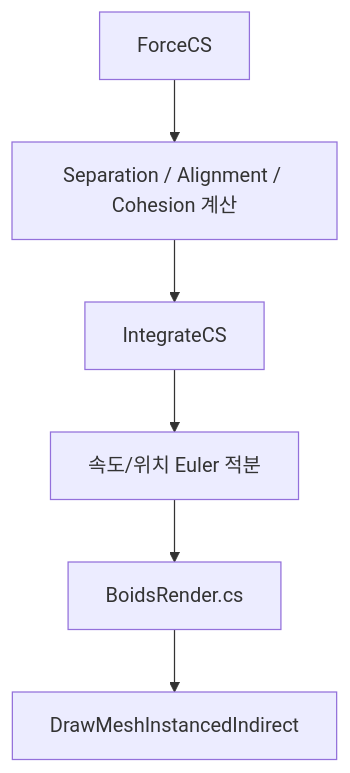
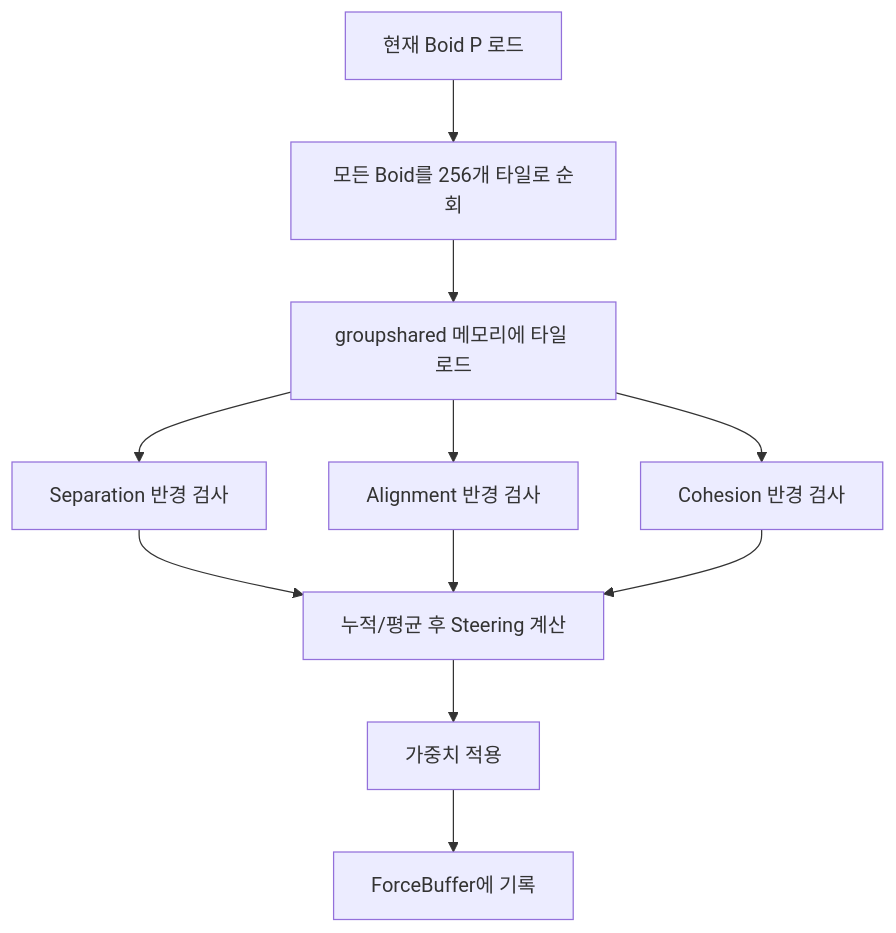
Before and after one commit to haelime/GPUBoidsSimulation: the third of 3 diagrams in README.md, drawn with Mermaid. The commit also changed other lines of this file, not shown here.

````diff
--- a/README.md
+++ b/README.md
@@ -38,8 +70,13 @@
 ```mermaid
-graph TD
-    A[ForceCS] --> B[Separation / Alignment / Cohesion 계산]
-    B --> C[IntegrateCS]
-    C --> D[속도/위치 Euler 적분]
-    D --> E[BoidsRender.cs]
-    E --> F[DrawMeshInstancedIndirect]
+flowchart TD
+    A[현재 Boid P 로드] --> B[모든 Boid를 256개 타일로 순회]
+    B --> C[groupshared 메모리에 타일 로드]
+    C --> D[Separation 반경 검사]
+    C --> E[Alignment 반경 검사]
+    C --> F[Cohesion 반경 검사]
+    D --> G[누적/평균 후 Steering 계산]
+    E --> G
+    F --> G
+    G --> H[가중치 적용]
+    H --> I[ForceBuffer에 기록]
 ```
````
